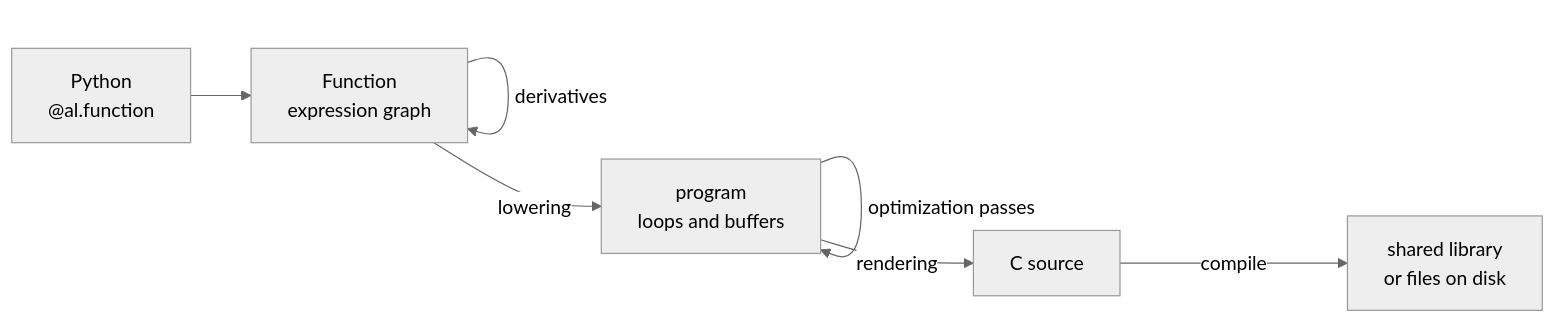
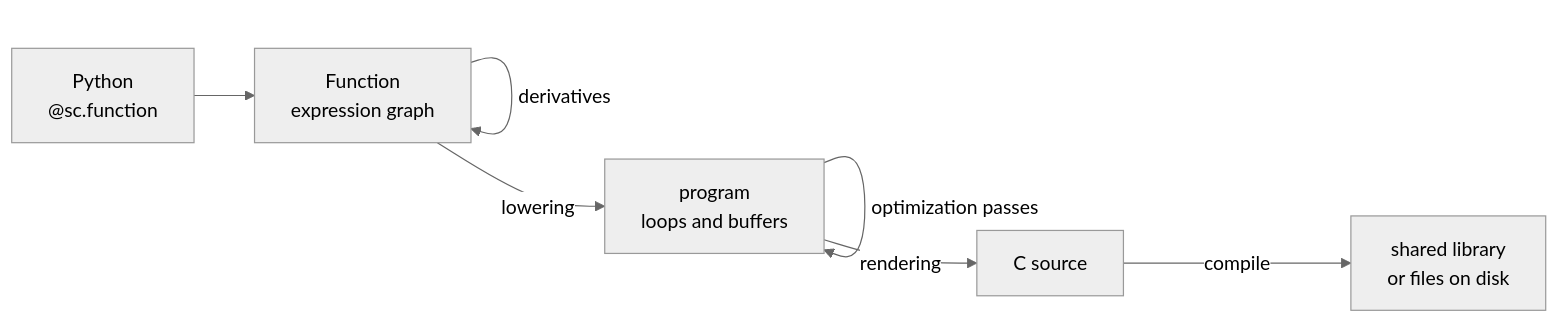
Before and after one commit to PREDICT-EPFL/scaly: the diagram in docs/index.md, drawn with Mermaid (neutral theme). The commit also changed other lines of this file and 285 other files, not shown here.

````diff
--- a/docs/index.md
+++ b/docs/index.md
@@ -90,9 +90,9 @@
 ```mermaid
 flowchart LR
-  py["Python<br/>@al.function"] --> fn["Function<br/>expression graph"]
+  py["Python<br/>@sc.function"] --> fn["Function<br/>expression graph"]
   fn -->|"derivatives"| fn
   fn -->|"lowering"| prog["program<br/>loops and buffers"]
   prog -->|"optimization passes"| prog
   prog -->|"rendering"| c["C source"]
   c -->|"compile"| so["shared library<br/>or files on disk"]
 ```
````
